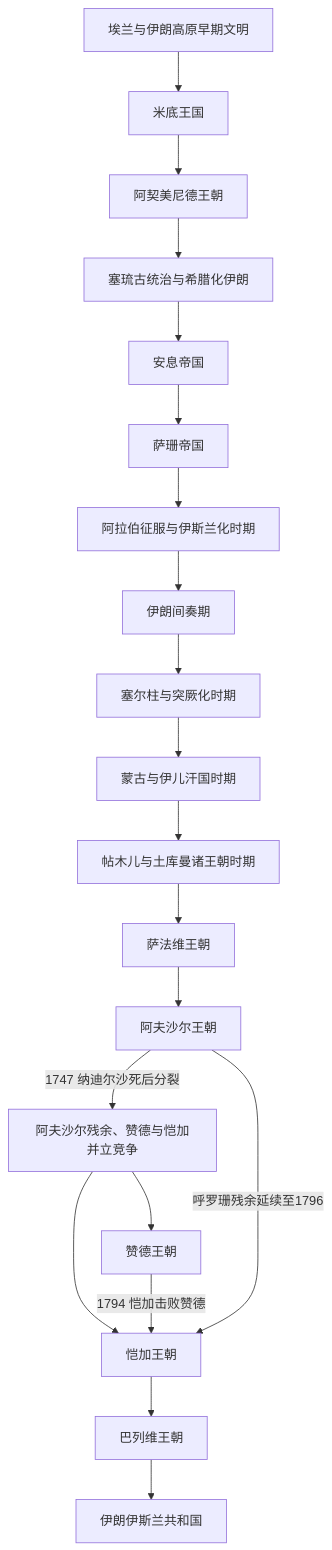
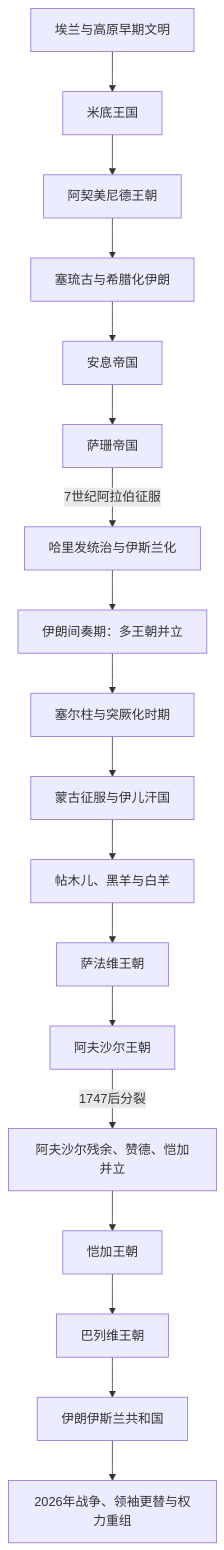
The diagram in 人文科学/历史/西亚/伊朗/README.md (tianlan-dev/learning-notes), drawn with Mermaid before and after one commit. The commit also changed other lines of this file and 1417 other files, not shown here.

````diff
--- a/人文科学/历史/西亚/伊朗/README.md
+++ b/人文科学/历史/西亚/伊朗/README.md
@@ -30,22 +19,20 @@
 ```mermaid
 flowchart TD
-    Elam["埃兰与伊朗高原早期文明"] --> Medes["米底王国"]
-    Medes --> Achaemenid["阿契美尼德王朝"]
-    Achaemenid --> Seleucid["塞琉古统治与希腊化伊朗"]
-    Seleucid --> Parthian["安息帝国"]
-    Parthian --> Sasanian["萨珊帝国"]
-    Sasanian --> ArabConquest["阿拉伯征服与伊斯兰化时期"]
-    ArabConquest --> Intermezzo["伊朗间奏期"]
-    Intermezzo --> Seljuk["塞尔柱与突厥化时期"]
-    Seljuk --> Ilkhanate["蒙古与伊儿汗国时期"]
-    Ilkhanate --> Timurid["帖木儿与土库曼诸王朝时期"]
-    Timurid --> Safavid["萨法维王朝"]
-    Safavid --> Afsharid["阿夫沙尔王朝"]
-    Afsharid -->|1747 纳迪尔沙死后分裂| Rivalry["阿夫沙尔残余、赞德与恺加并立竞争"]
-    Rivalry --> Zand["赞德王朝"]
-    Rivalry --> Qajar["恺加王朝"]
-    Zand -->|1794 恺加击败赞德| Qajar
-    Afsharid -->|呼罗珊残余延续至1796| Qajar
-    Qajar --> Pahlavi["巴列维王朝"]
-    Pahlavi --> IslamicRepublic["伊朗伊斯兰共和国"]
+    A["埃兰与高原早期文明"] --> B["米底王国"]
+    B --> C["阿契美尼德王朝"]
+    C --> D["塞琉古与希腊化伊朗"]
+    D --> E["安息帝国"]
+    E --> F["萨珊帝国"]
+    F -->|7世纪阿拉伯征服| G["哈里发统治与伊斯兰化"]
+    G --> H["伊朗间奏期：多王朝并立"]
+    H --> I["塞尔柱与突厥化时期"]
+    I --> J["蒙古征服与伊儿汗国"]
+    J --> K["帖木儿、黑羊与白羊"]
+    K --> L["萨法维王朝"]
+    L --> M["阿夫沙尔王朝"]
+    M -->|1747后分裂| N["阿夫沙尔残余、赞德、恺加并立"]
+    N --> O["恺加王朝"]
+    O --> P["巴列维王朝"]
+    P --> Q["伊朗伊斯兰共和国"]
+    Q --> R["2026年战争、领袖更替与权力重组"]
 ```
````
